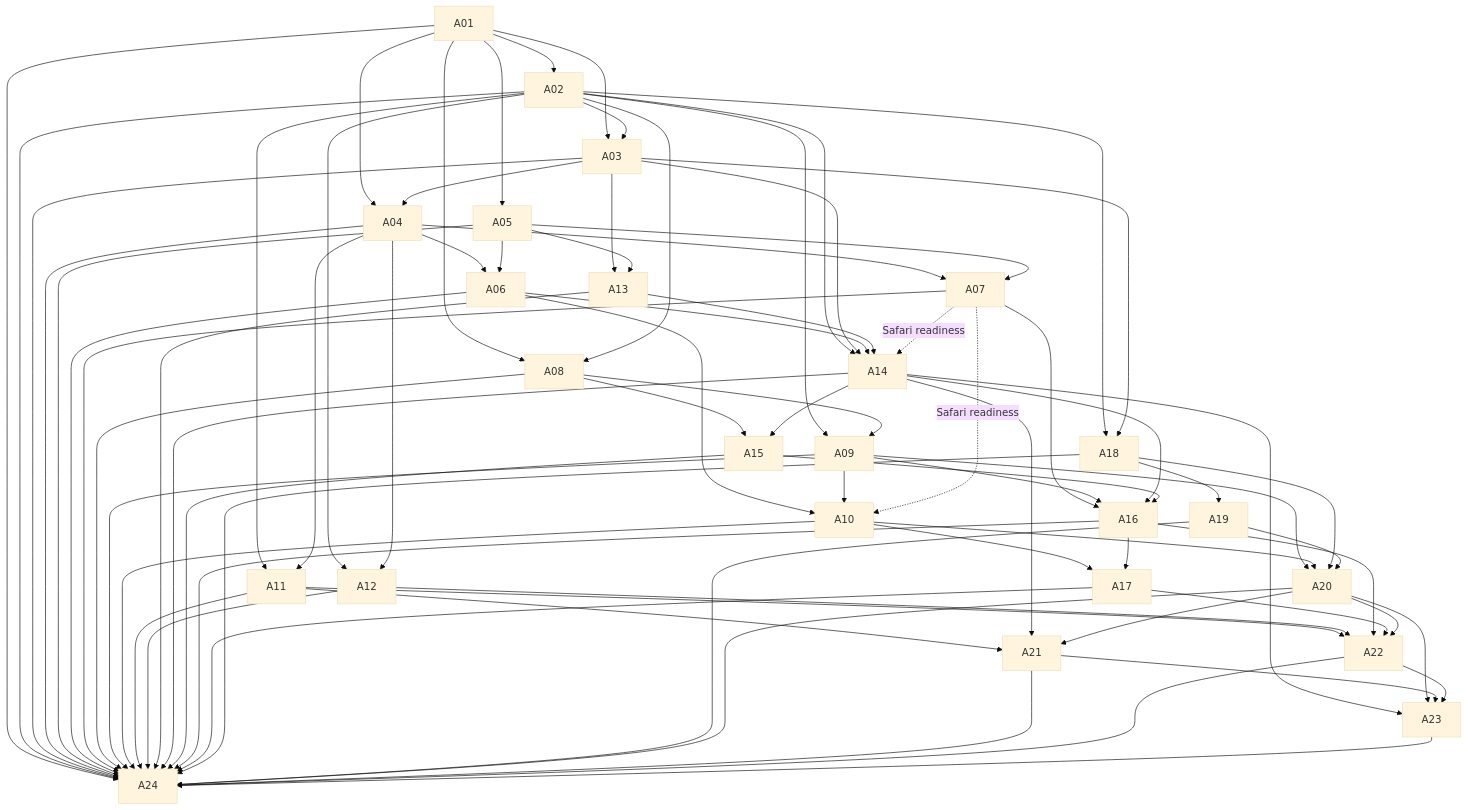
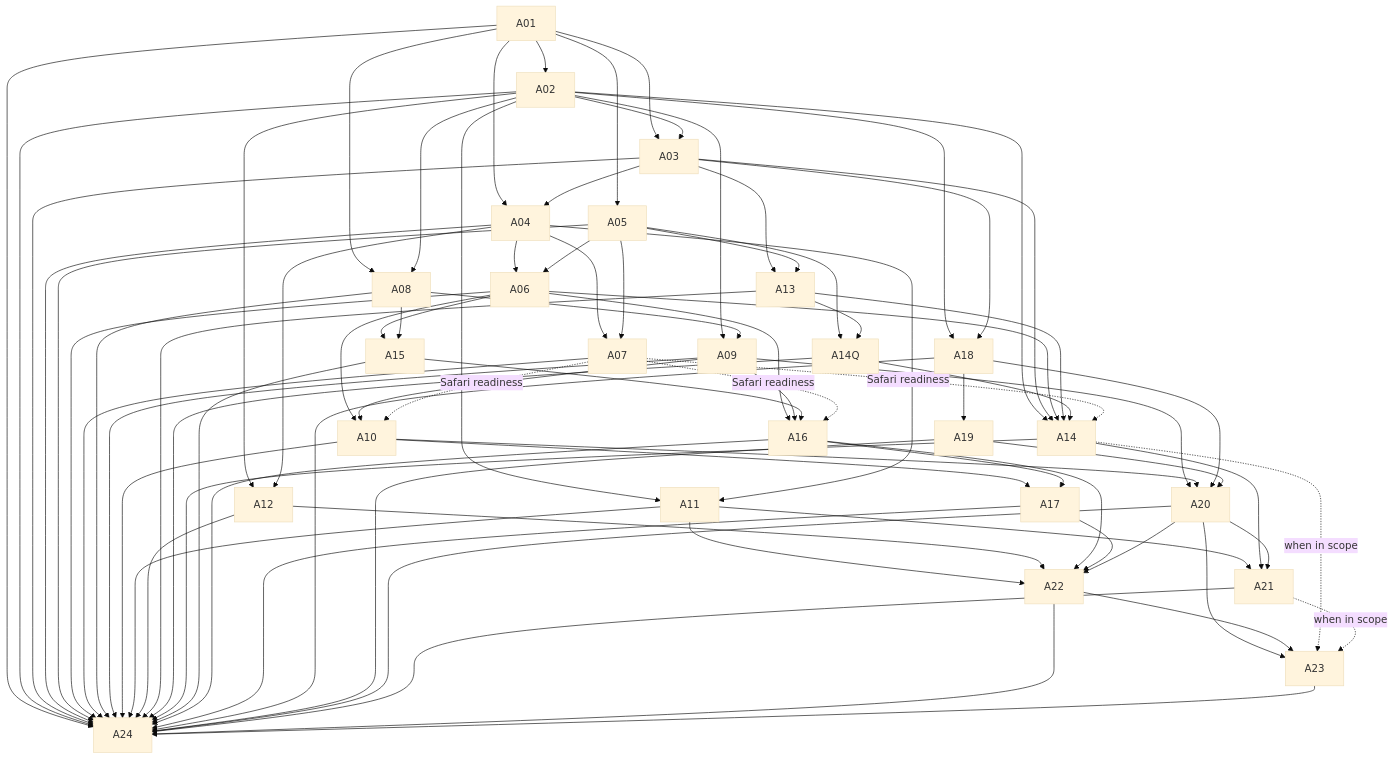
The diagram in docs/BROWSER_ASSISTANT_IMPLEMENTATION_PLAN.md (adjad/wisp), drawn with Mermaid (base theme) before and after one commit. The commit also changed other lines of this file, not shown here.

````diff
--- a/docs/BROWSER_ASSISTANT_IMPLEMENTATION_PLAN.md
+++ b/docs/BROWSER_ASSISTANT_IMPLEMENTATION_PLAN.md
@@ -144,60 +379,63 @@
 ```mermaid
 graph TD
     A01 --> A02
     A01 --> A03
     A02 --> A03
     A01 --> A04
     A03 --> A04
     A01 --> A05
     A04 --> A06
     A05 --> A06
     A04 --> A07
     A05 --> A07
     A01 --> A08
     A02 --> A08
     A02 --> A09
     A08 --> A09
     A06 --> A10
     A09 --> A10
     A02 --> A11
     A04 --> A11
     A02 --> A12
     A04 --> A12
     A03 --> A13
     A05 --> A13
+    A05 --> A14Q
+    A13 --> A14Q
     A02 --> A14
     A03 --> A14
     A06 --> A14
     A13 --> A14
+    A14Q --> A14
+    A06 --> A15
     A08 --> A15
-    A14 --> A15
-    A07 --> A16
+    A06 --> A16
     A09 --> A16
-    A14 --> A16
     A15 --> A16
     A10 --> A17
     A16 --> A17
     A02 --> A18
     A03 --> A18
     A18 --> A19
     A09 --> A20
     A10 --> A20
     A18 --> A20
     A19 --> A20
     A11 --> A21
     A14 --> A21
     A20 --> A21
     A11 --> A22
     A12 --> A22
     A16 --> A22
     A17 --> A22
     A20 --> A22
-    A14 --> A23
     A20 --> A23
-    A21 --> A23
     A22 --> A23
+    A14 -. when in scope .-> A23
+    A21 -. when in scope .-> A23
     A01 & A02 & A03 & A04 & A05 & A06 & A07 & A08 & A09 & A10 & A11 & A12 --> A24
-    A13 & A14 & A15 & A16 & A17 & A18 & A19 & A20 & A21 & A22 & A23 --> A24
+    A13 & A14Q & A14 & A15 & A16 & A17 & A18 & A19 & A20 & A21 & A22 & A23 --> A24
     A07 -. Safari readiness .-> A10
     A07 -. Safari readiness .-> A14
+    A07 -. Safari readiness .-> A16
 ```
````
